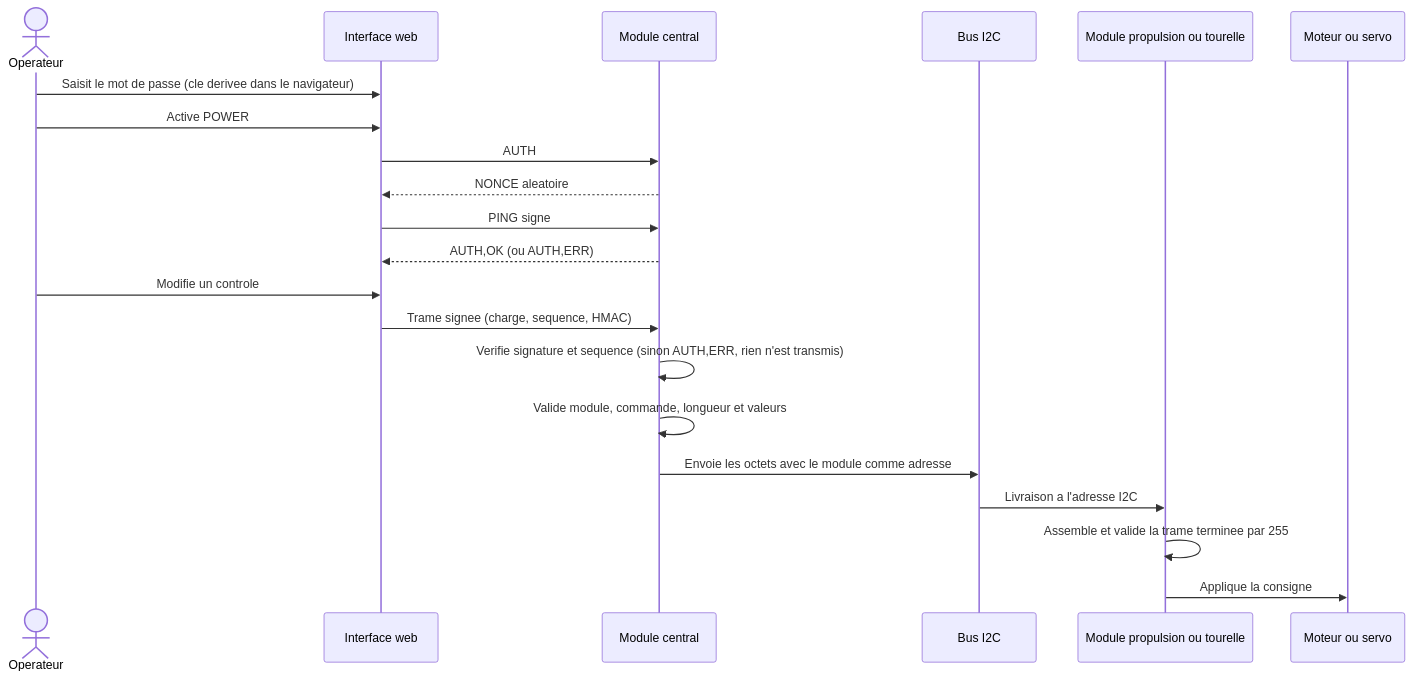
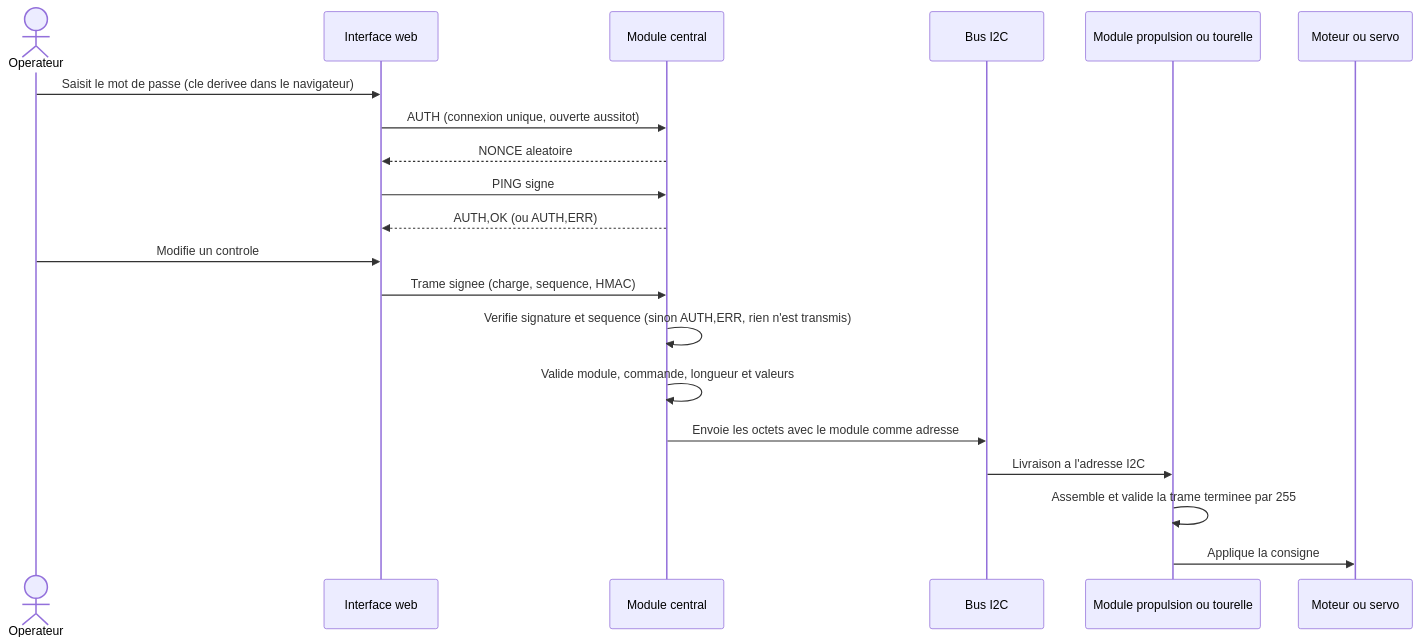
The second of 2 diagrams in docs/pilotage/architecture.md (denpas/CassardRepository), drawn with Mermaid before and after one commit. The commit also changed other lines of this file and 17 other files, not shown here.

````diff
--- a/docs/pilotage/architecture.md
+++ b/docs/pilotage/architecture.md
@@ -38,24 +38,23 @@
 ```mermaid
 sequenceDiagram
     actor Operateur
     participant Web as Interface web
     participant Central as Module central
     participant Bus as Bus I2C
     participant Esclave as Module propulsion ou tourelle
     participant Actionneur as Moteur ou servo
 
     Operateur->>Web: Saisit le mot de passe (cle derivee dans le navigateur)
-    Operateur->>Web: Active POWER
-    Web->>Central: AUTH
+    Web->>Central: AUTH (connexion unique, ouverte aussitot)
     Central-->>Web: NONCE aleatoire
     Web->>Central: PING signe
     Central-->>Web: AUTH,OK (ou AUTH,ERR)
     Operateur->>Web: Modifie un controle
     Web->>Central: Trame signee (charge, sequence, HMAC)
     Central->>Central: Verifie signature et sequence (sinon AUTH,ERR, rien n'est transmis)
     Central->>Central: Valide module, commande, longueur et valeurs
     Central->>Bus: Envoie les octets avec le module comme adresse
     Bus->>Esclave: Livraison a l'adresse I2C
     Esclave->>Esclave: Assemble et valide la trame terminee par 255
     Esclave->>Actionneur: Applique la consigne
 ```
````
